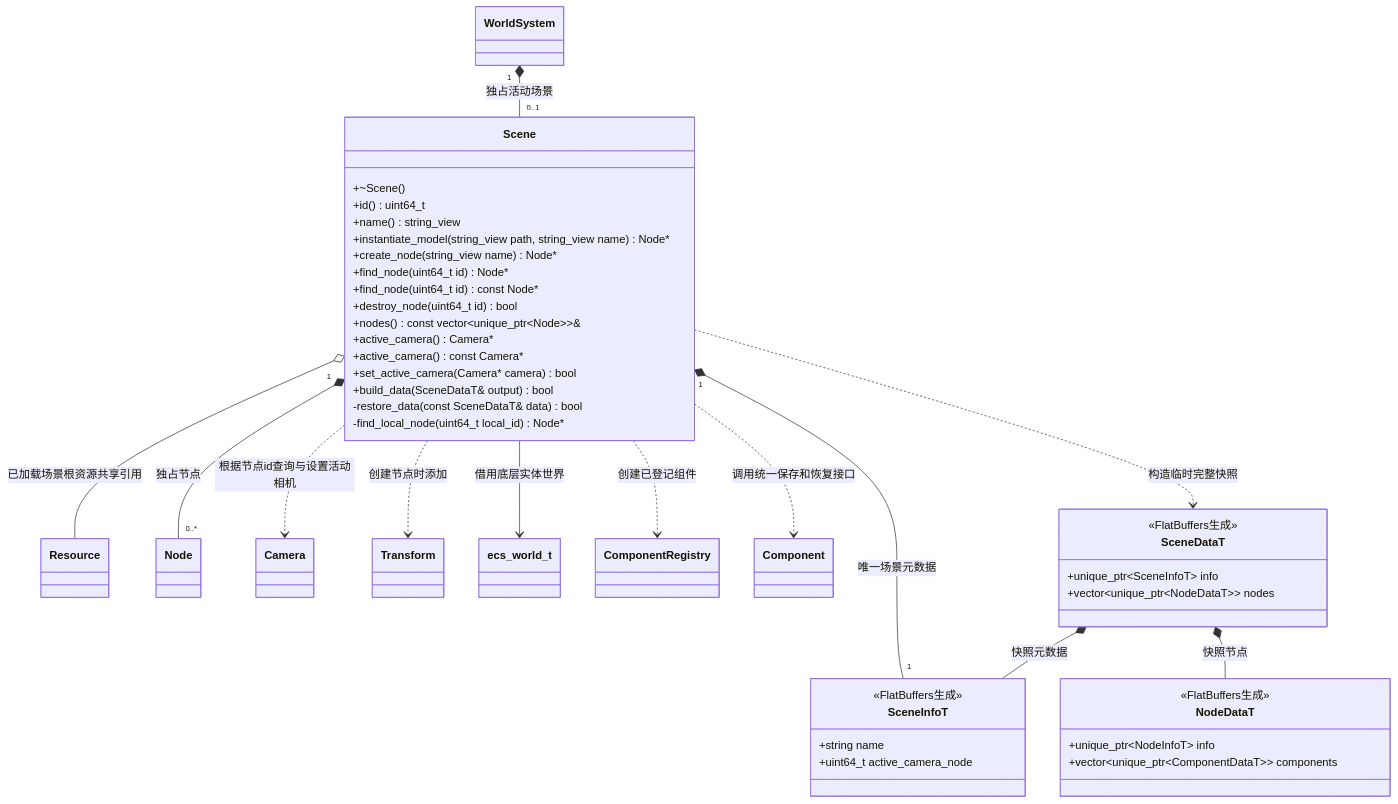
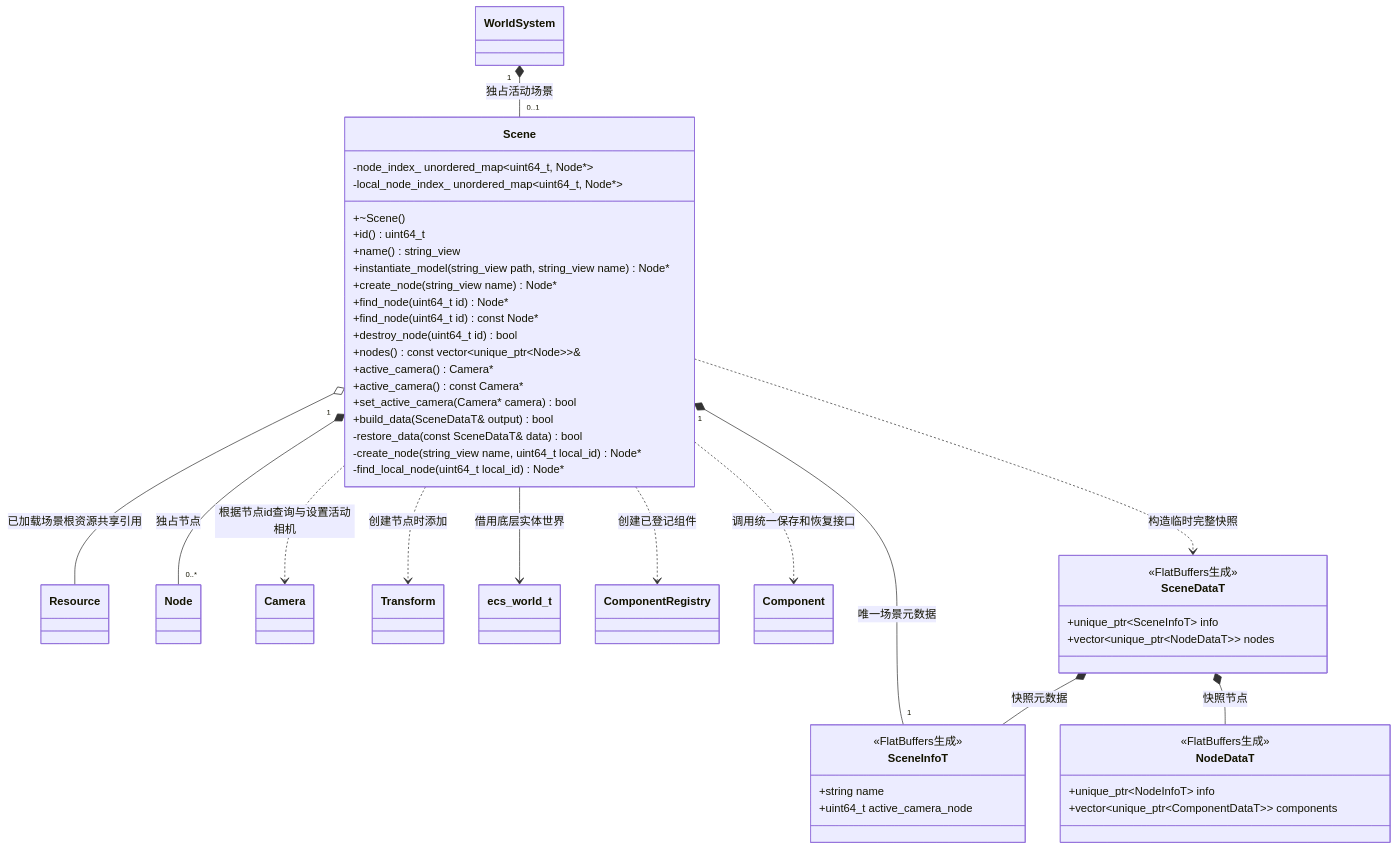
Before and after one commit to lcals/Engine: the diagram in docs/runtime/class-diagrams/scene.md, drawn with Mermaid. The commit also changed other lines of this file and 82 other files, not shown here.

````diff
--- a/docs/runtime/class-diagrams/scene.md
+++ b/docs/runtime/class-diagrams/scene.md
@@ -7,55 +7,58 @@
 ```mermaid
 classDiagram
     class Scene {
         +~Scene()
         +id() uint64_t
         +name() string_view
         +instantiate_model(string_view path, string_view name) Node#42;
         +create_node(string_view name) Node#42;
         +find_node(uint64_t id) Node#42;
         +find_node(uint64_t id) const Node#42;
         +destroy_node(uint64_t id) bool
         +nodes() const vector~unique_ptr~Node~~&
         +active_camera() Camera#42;
         +active_camera() const Camera#42;
         +set_active_camera(Camera#42; camera) bool
         +build_data(SceneDataT& output) bool
         -restore_data(const SceneDataT& data) bool
+        -create_node(string_view name, uint64_t local_id) Node#42;
+        -node_index_ unordered_map~uint64_t, Node#42;~
+        -local_node_index_ unordered_map~uint64_t, Node#42;~
         -find_local_node(uint64_t local_id) Node#42;
     }
     class Resource
     class WorldSystem
     class Node
     class Camera
     class Transform
     class ecs_world_t
     class ComponentRegistry
     class Component
     class SceneInfoT {
         <<FlatBuffers生成>>
         +string name
         +uint64_t active_camera_node
     }
     class SceneDataT {
         <<FlatBuffers生成>>
         +unique_ptr~SceneInfoT~ info
         +vector~unique_ptr~NodeDataT~~ nodes
     }
     class NodeDataT {
         <<FlatBuffers生成>>
         +unique_ptr~NodeInfoT~ info
         +vector~unique_ptr~ComponentDataT~~ components
     }
     WorldSystem "1" *-- "0..1" Scene : 独占活动场景
     Scene "1" *-- "0..*" Node : 独占节点
     Scene o-- Resource : 已加载场景根资源共享引用
     Scene "1" *-- "1" SceneInfoT : 唯一场景元数据
     Scene --> ecs_world_t : 借用底层实体世界
     Scene ..> Camera : 根据节点id查询与设置活动相机
     Scene ..> Transform : 创建节点时添加
     Scene ..> SceneDataT : 构造临时完整快照
     Scene ..> ComponentRegistry : 创建已登记组件
     Scene ..> Component : 调用统一保存和恢复接口
     SceneDataT *-- SceneInfoT : 快照元数据
     SceneDataT *-- NodeDataT : 快照节点
 ```
````
